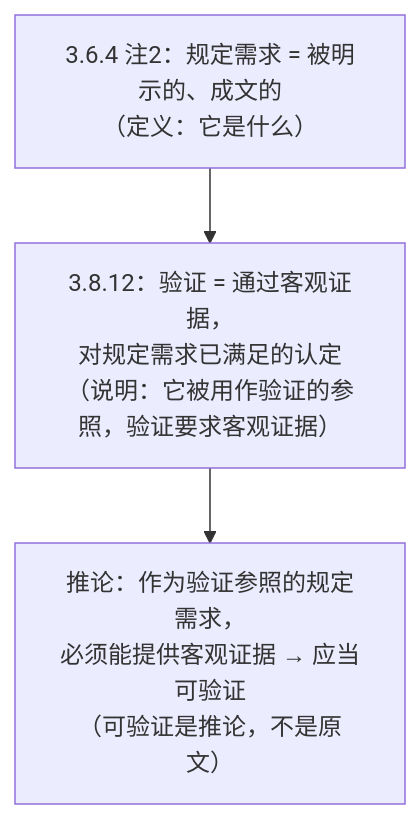
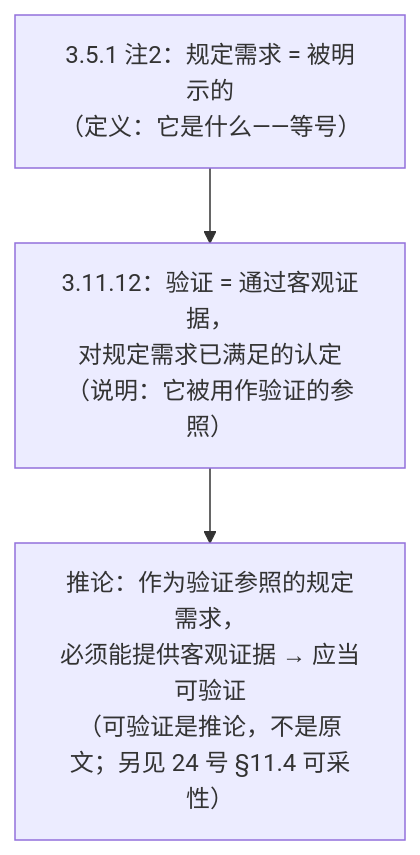
Before and after one commit to Yongjunzhou/AOS-system-design: diagram 13 of 21 in 100-subprojects/01-系统工程研究/00-系统工程相关研究报告/03-评审概念研究报告-从评审定义到需求管理.md, drawn with Mermaid. The commit also changed other lines of this file and 38 other files, not shown here.

````diff
--- a/100-subprojects/01-系统工程研究/00-系统工程相关研究报告/03-评审概念研究报告-从评审定义到需求管理.md
+++ b/100-subprojects/01-系统工程研究/00-系统工程相关研究报告/03-评审概念研究报告-从评审定义到需求管理.md
@@ -556,4 +572,4 @@
 ```mermaid
 flowchart TB
-    A["3.6.4 注2：规定需求 = 被明示的、成文的<br/>（定义：它是什么）"] --> B["3.8.12：验证 = 通过客观证据，<br/>对规定需求已满足的认定<br/>（说明：它被用作验证的参照，验证要求客观证据）"] --> C["推论：作为验证参照的规定需求，<br/>必须能提供客观证据 → 应当可验证<br/>（可验证是推论，不是原文）"]
+    A["3.5.1 注2：规定需求 = 被明示的<br/>（定义：它是什么——等号）"] --> B["3.11.12：验证 = 通过客观证据，<br/>对规定需求已满足的认定<br/>（说明：它被用作验证的参照）"] --> C["推论：作为验证参照的规定需求，<br/>必须能提供客观证据 → 应当可验证<br/>（可验证是推论，不是原文；另见 24 号 §11.4 可采性）"]
 ```
````
